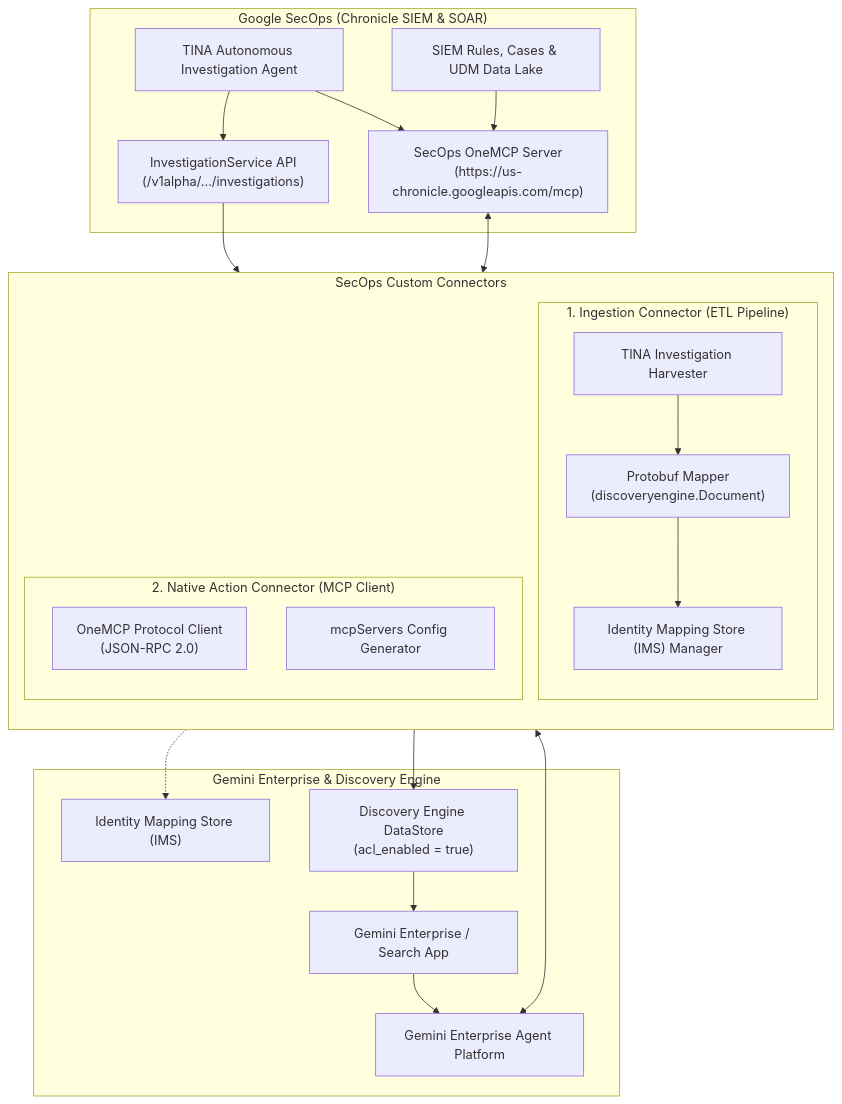
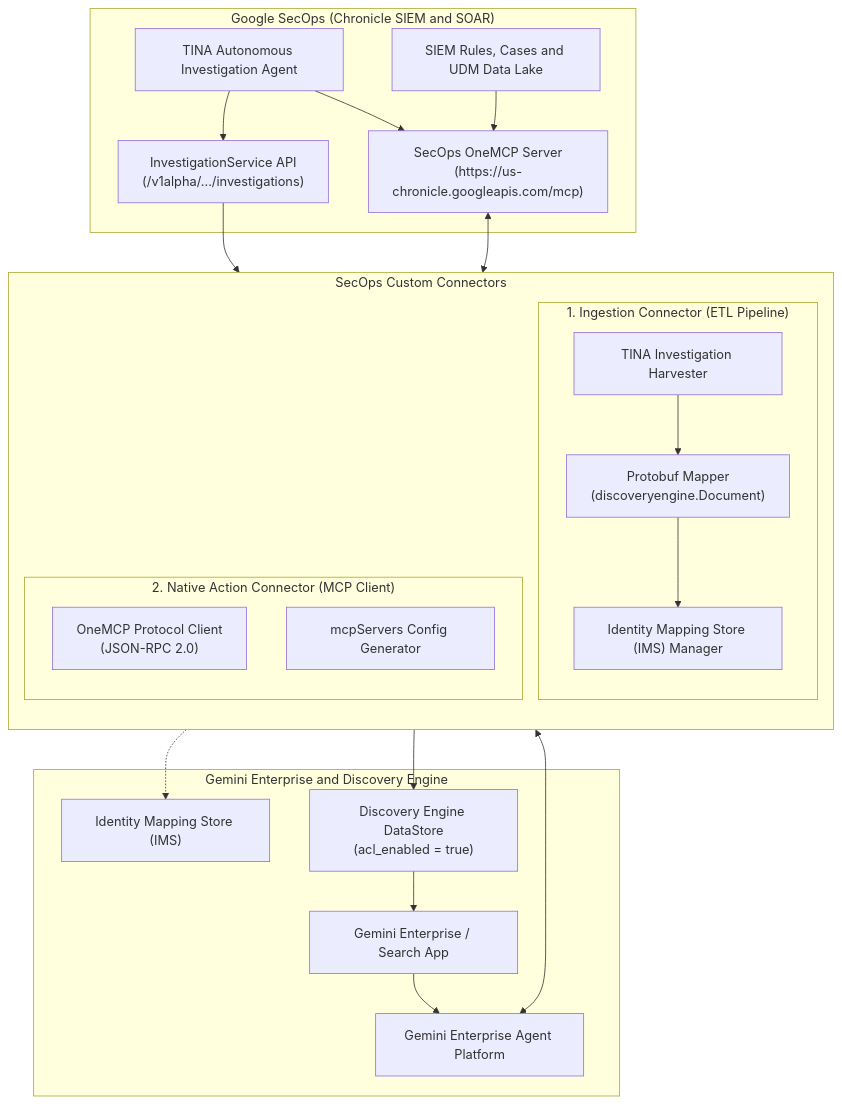
Before and after one commit to dandye/secops-custom-connector: the first of 3 diagrams in docs/architecture.md, drawn with Mermaid. The commit also changed other lines of this file and 2 other files, not shown here.

````diff
--- a/docs/architecture.md
+++ b/docs/architecture.md
@@ -14,46 +14,46 @@
 ```mermaid
 flowchart TB
-    subgraph GoogleSecOps["Google SecOps (Chronicle SIEM & SOAR)"]
+    subgraph GoogleSecOps["Google SecOps (Chronicle SIEM and SOAR)"]
         TINA["TINA Autonomous Investigation Agent"]
         InvAPI["InvestigationService API\n(/v1alpha/.../investigations)"]
         OneMCP["SecOps OneMCP Server\n(https://us-chronicle.googleapis.com/mcp)"]
-        SIEM_SOAR["SIEM Rules, Cases & UDM Data Lake"]
+        SIEM_SOAR["SIEM Rules, Cases and UDM Data Lake"]
         
         TINA --> InvAPI
         SIEM_SOAR --> OneMCP
         TINA --> OneMCP
     end
 
     subgraph Connectors["SecOps Custom Connectors"]
         direction TB
         subgraph Ingestion["1. Ingestion Connector (ETL Pipeline)"]
             Harvester["TINA Investigation Harvester"]
             ProtoConverter["Protobuf Mapper\n(discoveryengine.Document)"]
             IMSSync["Identity Mapping Store (IMS) Manager"]
             
             Harvester --> ProtoConverter
             ProtoConverter --> IMSSync
         end
 
         subgraph NativeAction["2. Native Action Connector (MCP Client)"]
             MCPClient["OneMCP Protocol Client\n(JSON-RPC 2.0)"]
             ConfigGen["mcpServers Config Generator"]
         end
     end
 
-    subgraph GeminiPlatform["Gemini Enterprise & Discovery Engine"]
+    subgraph GeminiPlatform["Gemini Enterprise and Discovery Engine"]
         DataStore["Discovery Engine DataStore\n(acl_enabled = true)"]
         IMS["Identity Mapping Store (IMS)"]
         SearchApp["Gemini Enterprise / Search App"]
         GeminiAgent["Gemini Enterprise Agent Platform"]
         
         IMSSync -.-> IMS
         ProtoConverter --> DataStore
         DataStore --> SearchApp
         SearchApp --> GeminiAgent
         MCPClient <--> GeminiAgent
     end
 
     InvAPI --> Harvester
     OneMCP <--> MCPClient
 ```
````
